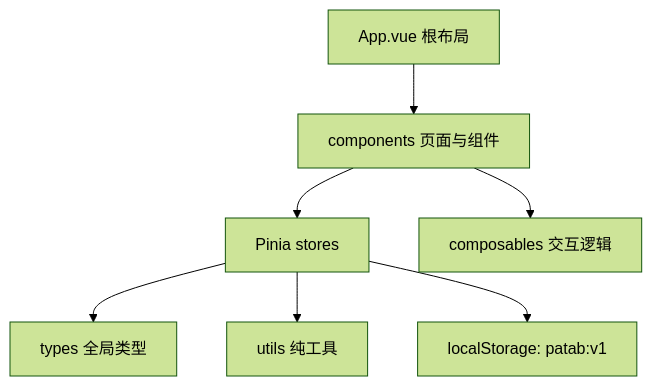
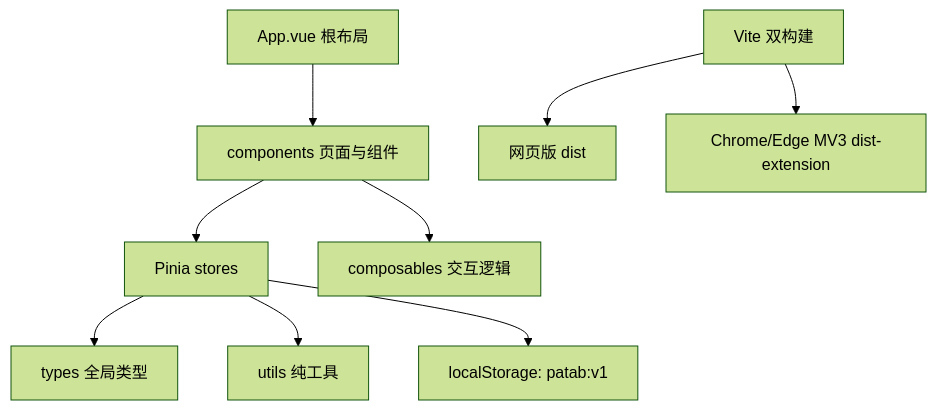
Before and after one commit to yan5236/patab: the diagram in docs/ARCHITECTURE.md, drawn with Mermaid (forest theme). The commit also changed other lines of this file and 18 other files, not shown here.

First line of the commit message:
feat(extension): 完成 Chrome/Edge 扩展版基础构建与适配

````diff
--- a/docs/ARCHITECTURE.md
+++ b/docs/ARCHITECTURE.md
@@ -5,9 +5,11 @@
 ```mermaid
 flowchart TD
   App["App.vue 根布局"] --> Components["components 页面与组件"]
   Components --> Stores["Pinia stores"]
   Components --> Composables["composables 交互逻辑"]
   Stores --> Types["types 全局类型"]
   Stores --> Utils["utils 纯工具"]
   Stores --> Storage["localStorage: patab:v1"]
+  Build["Vite 双构建"] --> Web["网页版 dist"]
+  Build --> Extension["Chrome/Edge MV3 dist-extension"]
 ```
````
